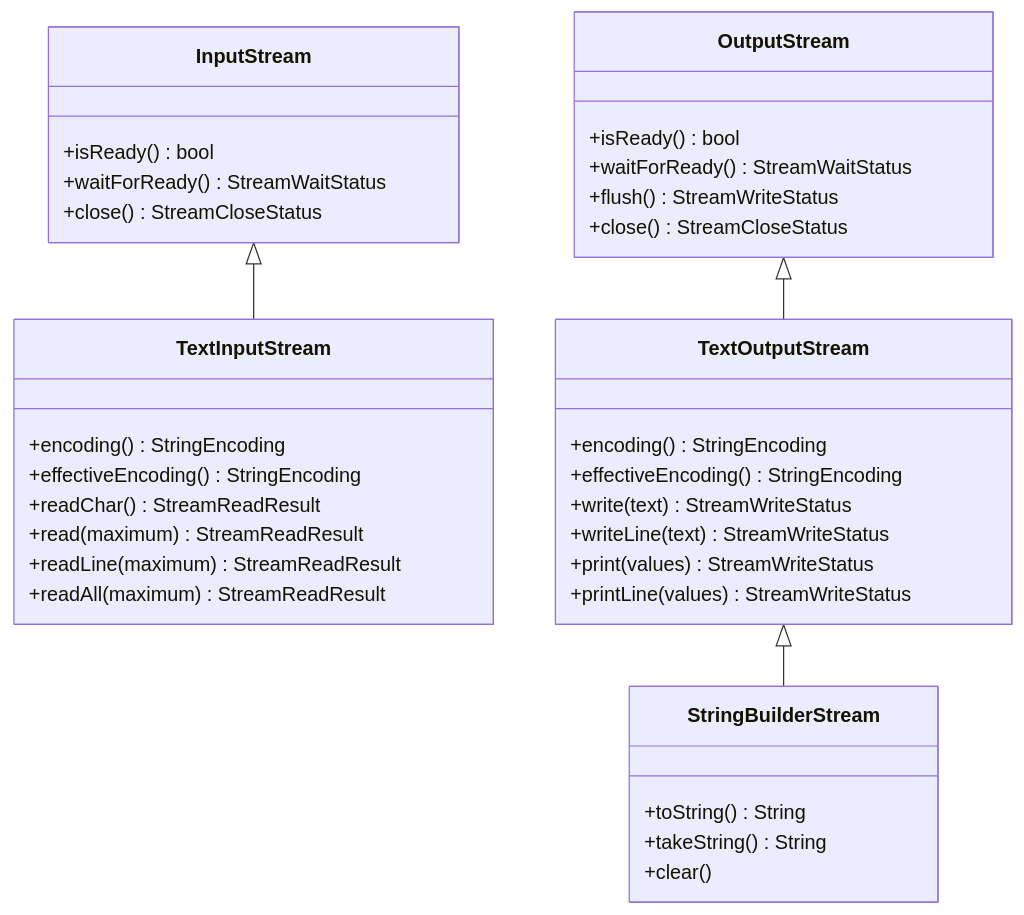
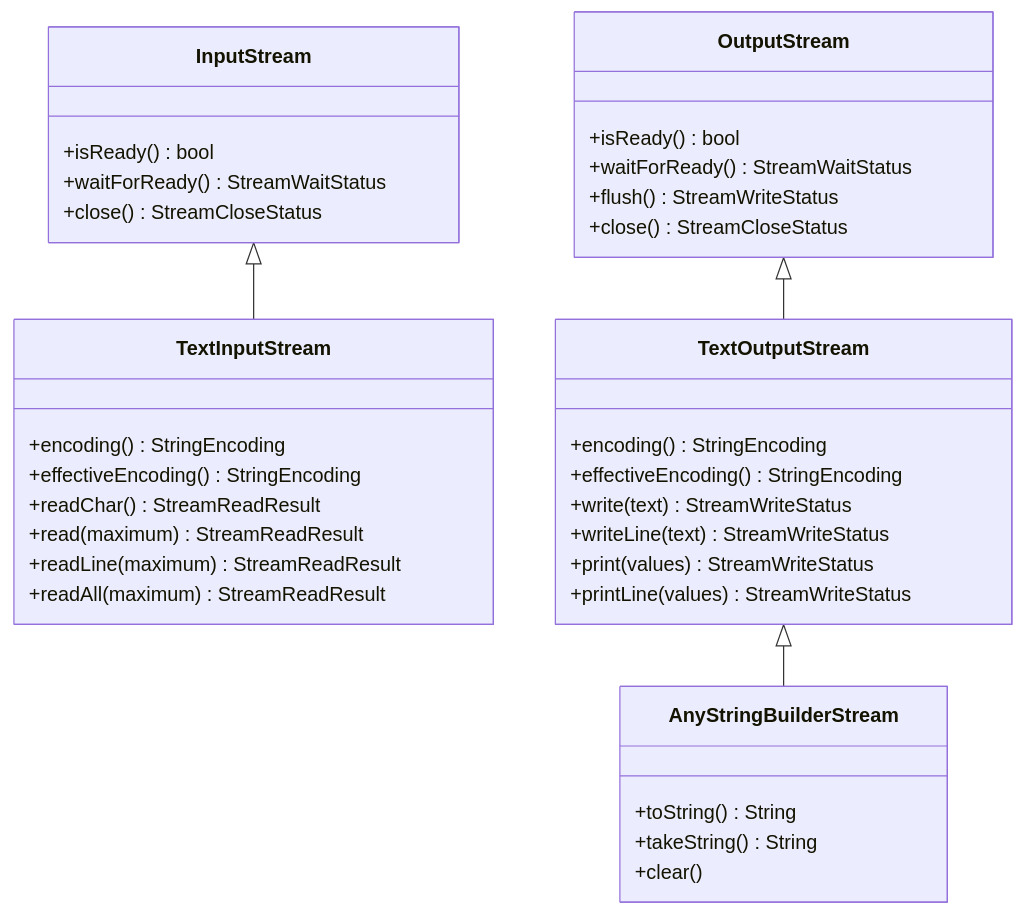
Before and after one commit to erbsland-dev/erbsland-core: the diagram in doc/topics/stream/text_input_and_output.rst, drawn with Mermaid. The commit also changed other lines of this file and 1410 other files, not shown here.

```diff
--- a/doc/topics/stream/text_input_and_output.rst
+++ b/doc/topics/stream/text_input_and_output.rst
@@ -40,38 +40,38 @@
 .. mermaid::
 
     classDiagram
         class InputStream {
             +isReady() bool
             +waitForReady() StreamWaitStatus
             +close() StreamCloseStatus
         }
         class TextInputStream {
             +encoding() StringEncoding
             +effectiveEncoding() StringEncoding
             +readChar() StreamReadResult
             +read(maximum) StreamReadResult
             +readLine(maximum) StreamReadResult
             +readAll(maximum) StreamReadResult
         }
         class OutputStream {
             +isReady() bool
             +waitForReady() StreamWaitStatus
             +flush() StreamWriteStatus
             +close() StreamCloseStatus
         }
         class TextOutputStream {
             +encoding() StringEncoding
             +effectiveEncoding() StringEncoding
             +write(text) StreamWriteStatus
             +writeLine(text) StreamWriteStatus
             +print(values) StreamWriteStatus
             +printLine(values) StreamWriteStatus
         }
-        class StringBuilderStream {
+        class AnyStringBuilderStream {
             +toString() String
             +takeString() String
             +clear()
         }
         InputStream <|-- TextInputStream
         OutputStream <|-- TextOutputStream
-        TextOutputStream <|-- StringBuilderStream
+        TextOutputStream <|-- AnyStringBuilderStream
```
